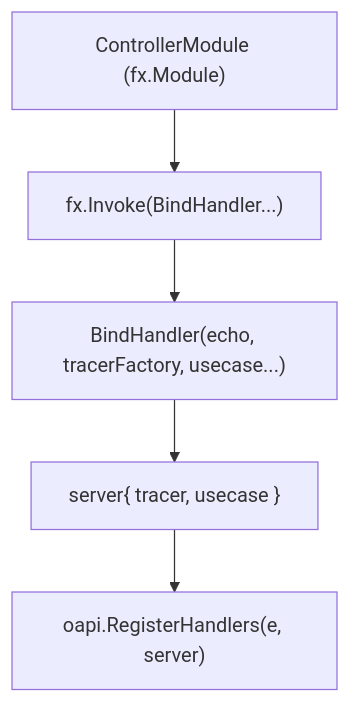
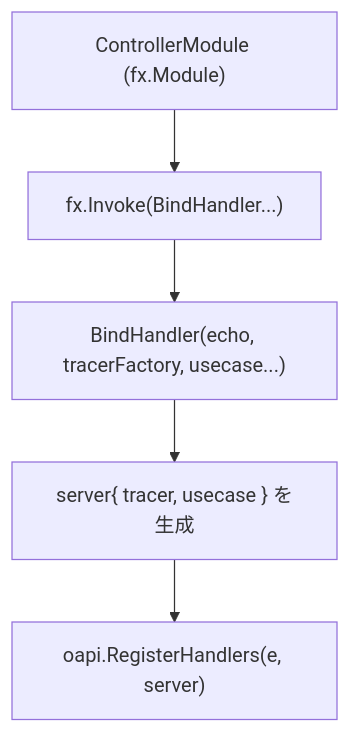
The ninth of 10 diagrams in internal/controller/handler/README.md (Tomy-ch/go-boilerplate), drawn with Mermaid before and after one commit. The commit also changed other lines of this file and 970 other files, not shown here.

````diff
--- a/internal/controller/handler/README.md
+++ b/internal/controller/handler/README.md
@@ -379,13 +380,13 @@
 ```mermaid
 flowchart TB
     Module["ControllerModule (fx.Module)"]
     Invoke["fx.Invoke(BindHandler...)"]
     Bind["BindHandler(echo, tracerFactory, usecase...)"]
-    Server["server{ tracer, usecase }"]
+    Server["server{ tracer, usecase } を生成"]
     Register["oapi.RegisterHandlers(e, server)"]
 
     Module --> Invoke
     Invoke --> Bind
     Bind --> Server
     Server --> Register
 ```
````
